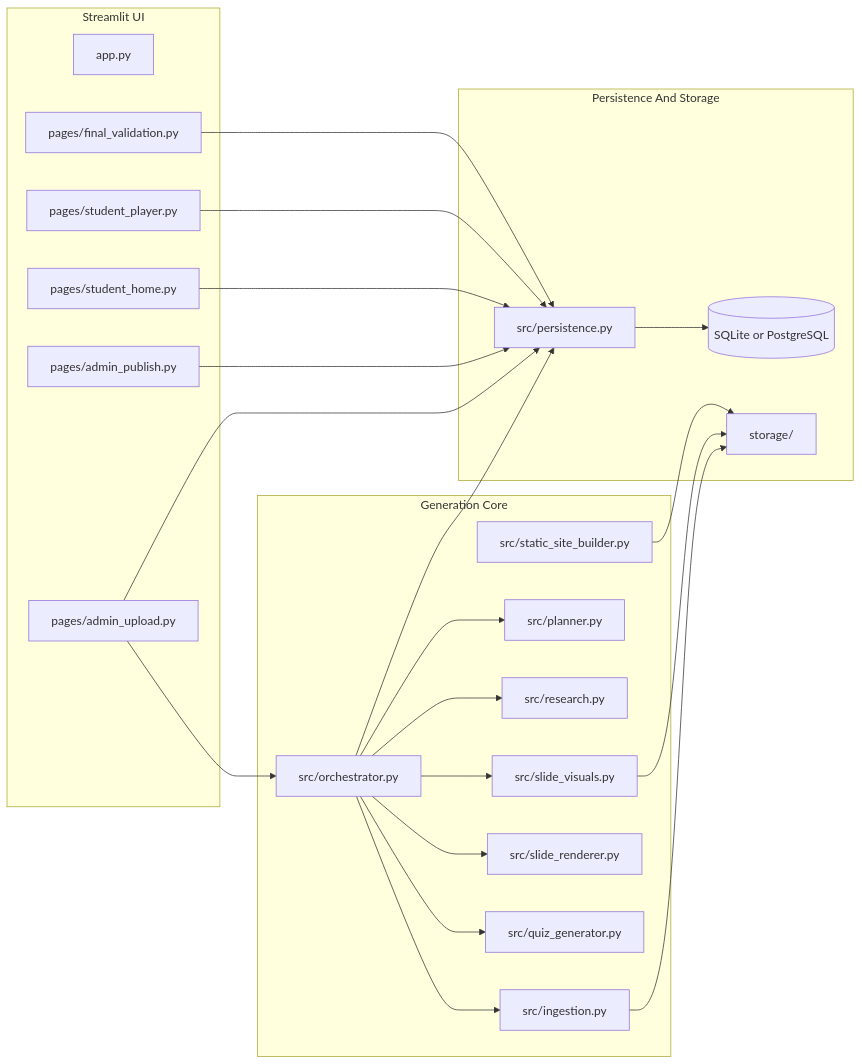
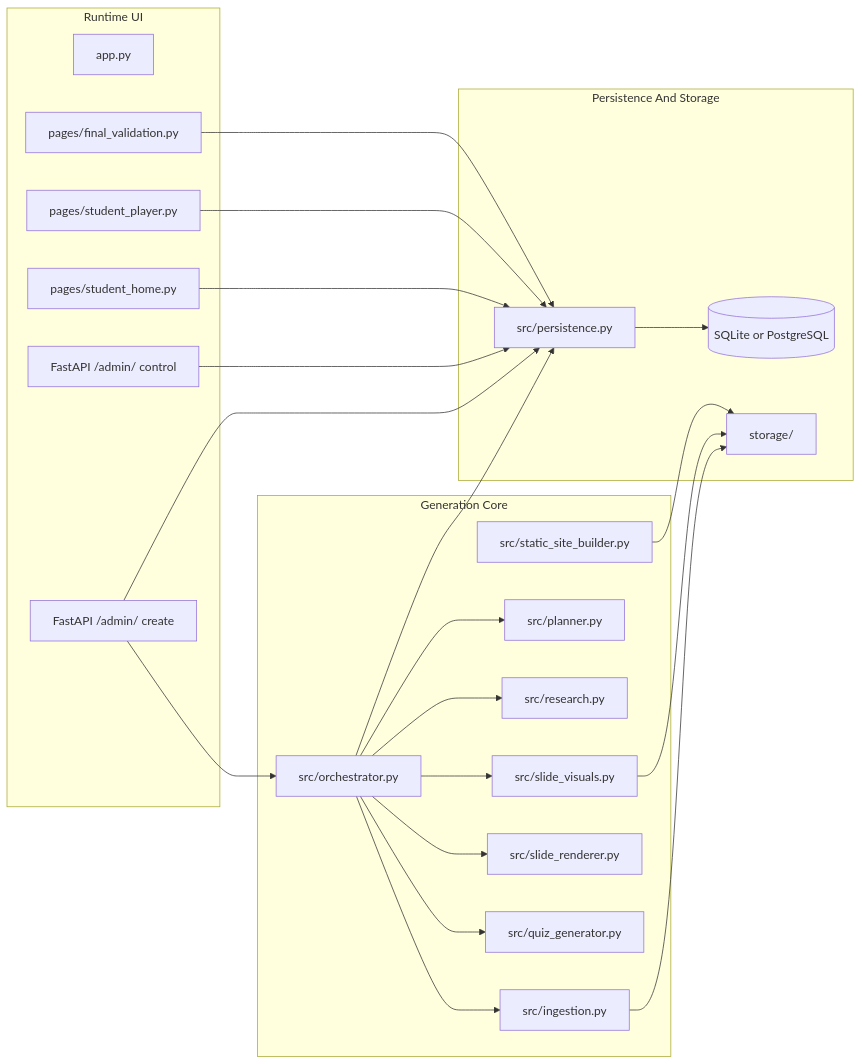
One commit to jjohana/kojyto changed the first of 6 diagrams in complete_pipeline.md. Above: the diagram before and after it, drawn with Mermaid. The commit also changed other lines of this file and 4 other files, not shown here.

Commit message:
Replace admin entry with FastAPI bridge

````diff
--- a/complete_pipeline.md
+++ b/complete_pipeline.md
@@ -34,46 +34,46 @@
 ```mermaid
 flowchart LR
-    subgraph UI[Streamlit UI]
+    subgraph UI[Runtime UI]
         A[app.py]
-        B[pages/admin_upload.py]
-        C[pages/admin_publish.py]
+        B[FastAPI /admin/ create]
+        C[FastAPI /admin/ control]
         D[pages/student_home.py]
         E[pages/student_player.py]
         F[pages/final_validation.py]
     end
 
     subgraph Core[Generation Core]
         G[src/orchestrator.py]
         H[src/ingestion.py]
         I[src/planner.py]
         J[src/research.py]
         K[src/slide_visuals.py]
         L[src/slide_renderer.py]
         M[src/quiz_generator.py]
         N[src/static_site_builder.py]
     end
 
     subgraph Data[Persistence And Storage]
         O[src/persistence.py]
         P[(SQLite or PostgreSQL)]
         Q[storage/]
     end
 
     B --> O
     B --> G
     G --> H
     G --> I
     G --> J
     G --> K
     G --> L
     G --> M
     G --> O
     O --> P
     H --> Q
     K --> Q
     N --> Q
     C --> O
     D --> O
     E --> O
     F --> O
 ```
````
